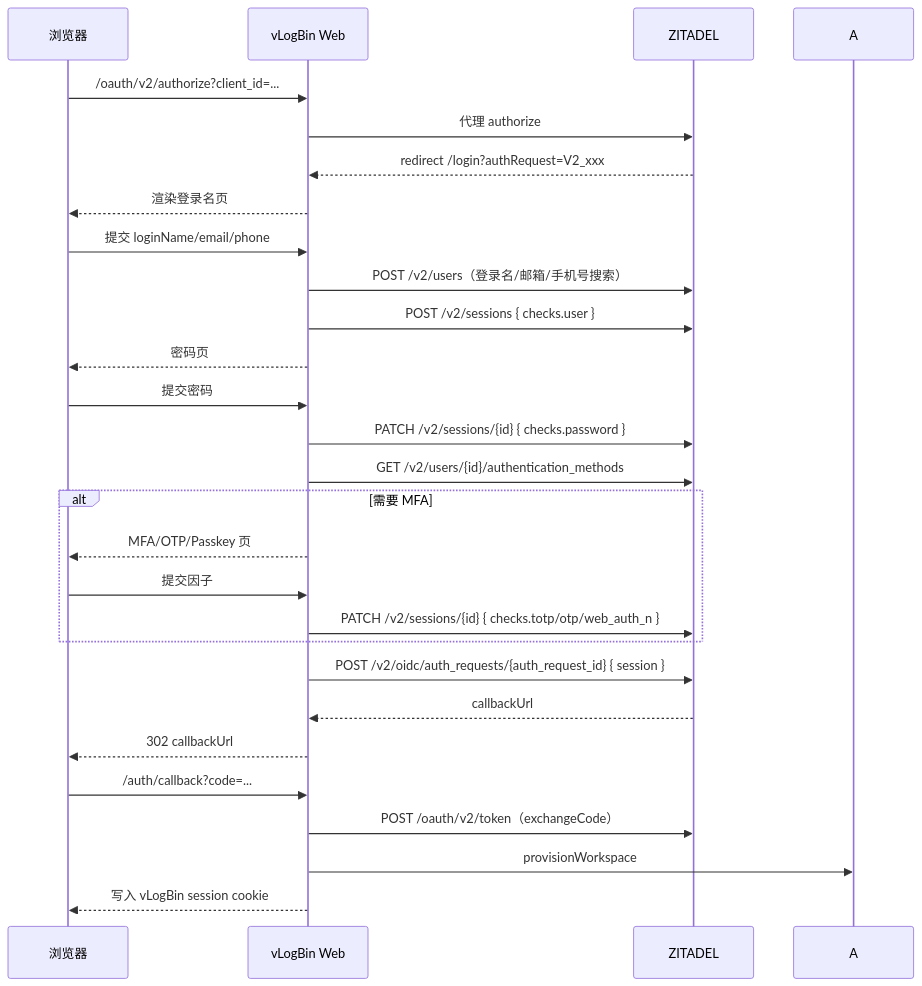
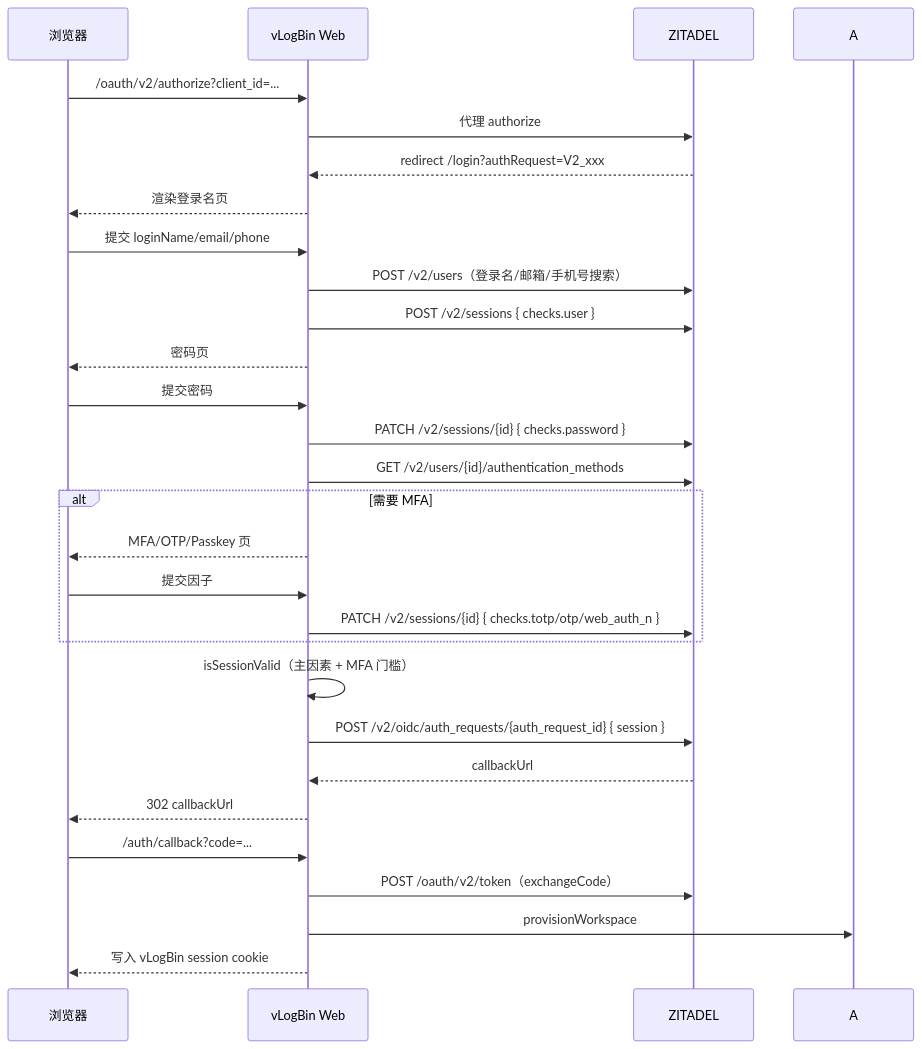
The second of 2 diagrams in docs/SPEC-Custom-Login-Session-API.md (OpenCore-Hub/vLogBin), drawn with Mermaid before and after one commit. The commit also changed other lines of this file and 1 other file, not shown here.

````diff
--- a/docs/SPEC-Custom-Login-Session-API.md
+++ b/docs/SPEC-Custom-Login-Session-API.md
@@ -127,29 +172,30 @@
 ```mermaid
 sequenceDiagram
     participant B as 浏览器
     participant W as vLogBin Web
     participant Z as ZITADEL
     B->>W: /oauth/v2/authorize?client_id=...
     W->>Z: 代理 authorize
     Z-->>W: redirect /login?authRequest=V2_xxx
     W-->>B: 渲染登录名页
     B->>W: 提交 loginName/email/phone
     W->>Z: POST /v2/users（登录名/邮箱/手机号搜索）
     W->>Z: POST /v2/sessions { checks.user }
     W-->>B: 密码页
     B->>W: 提交密码
     W->>Z: PATCH /v2/sessions/{id} { checks.password }
     W->>Z: GET /v2/users/{id}/authentication_methods
     alt 需要 MFA
         W-->>B: MFA/OTP/Passkey 页
         B->>W: 提交因子
         W->>Z: PATCH /v2/sessions/{id} { checks.totp/otp/web_auth_n }
     end
+    W->>W: isSessionValid（主因素 + MFA 门槛）
     W->>Z: POST /v2/oidc/auth_requests/{auth_request_id} { session }
     Z-->>W: callbackUrl
     W-->>B: 302 callbackUrl
     B->>W: /auth/callback?code=...
     W->>Z: POST /oauth/v2/token（exchangeCode）
     W->>A: provisionWorkspace
     W-->>B: 写入 vLogBin session cookie
 ```
````
